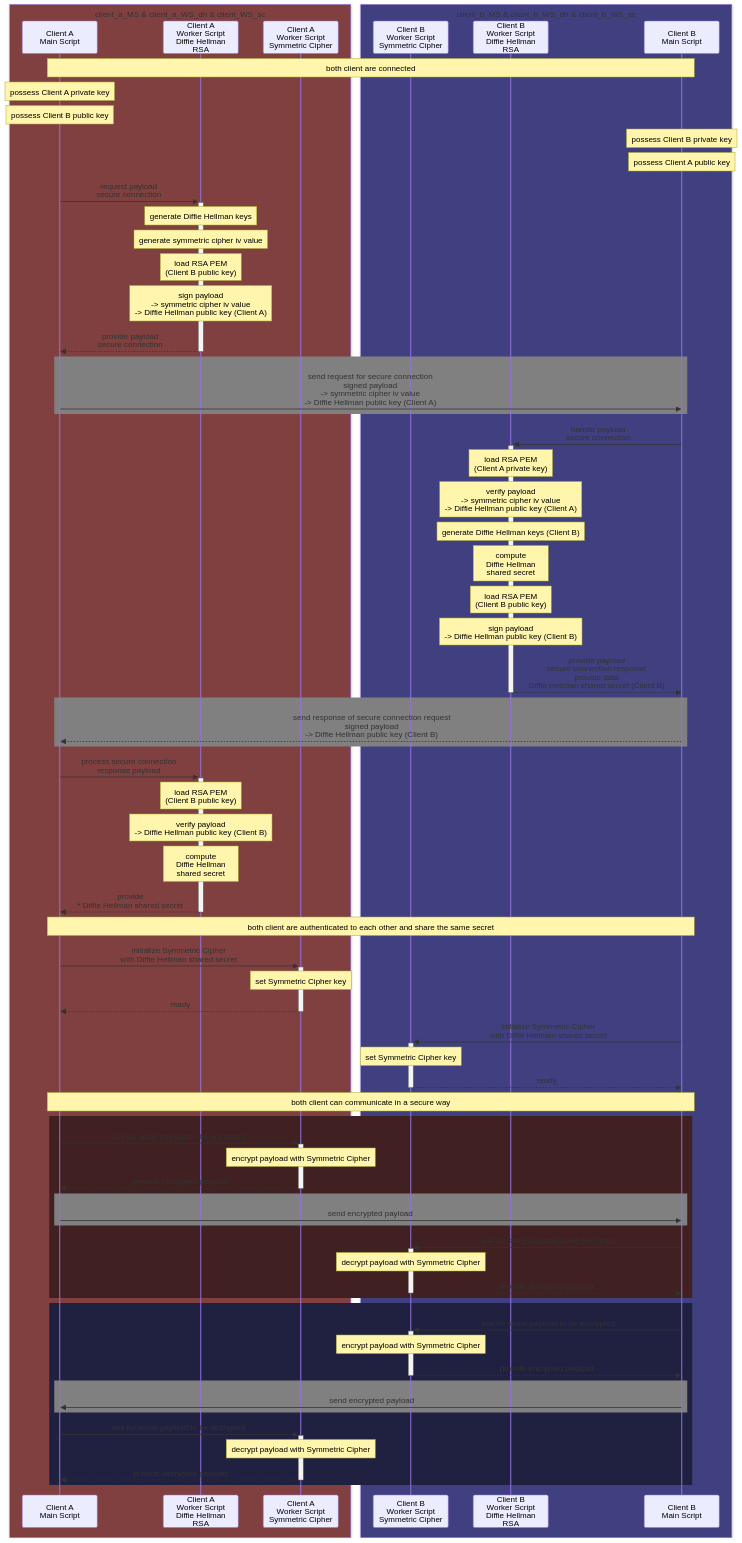
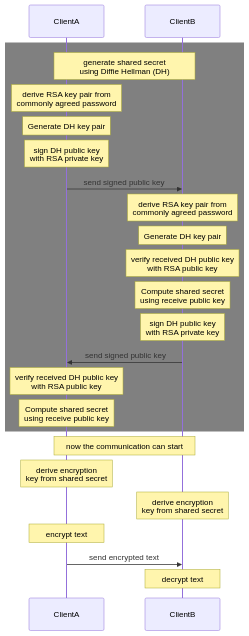
The sixth of 6 diagrams in README.md (GuillaumeBouchetEpitech/wasm-cryptopp-as-module), drawn with Mermaid before and after one commit. The commit also changed other lines of this file and 6 other files, not shown here.

````diff
--- a/README.md
+++ b/README.md
@@ -84,112 +185,30 @@
 ```mermaid
+sequenceDiagram
 
+    rect rgb(128, 128, 128)
+      Note over ClientA,ClientB: generate shared secret<br>using Diffie Hellman (DH)
 
-  sequenceDiagram
+      Note over ClientA: derive RSA key pair from<br>commonly agreed password
+      Note over ClientA: Generate DH key pair
+      Note over ClientA: sign DH public key<br>with RSA private key
+      ClientA->>ClientB: send signed public key
 
-    box rgb(128,64,64) client_a_MS & client_a_WS_dh & client_WS_sc
+      Note over ClientB: derive RSA key pair from<br>commonly agreed password
+      Note over ClientB: Generate DH key pair
+      Note over ClientB: verify received DH public key<br>with RSA public key
+      Note over ClientB: Compute shared secret<br>using receive public key
+      Note over ClientB: sign DH public key<br>with RSA private key
+      ClientB->>ClientA: send signed public key
 
-      participant client_a_MS as Client A<br>Main Script
-      participant client_a_WS_dh as Client A<br>Worker Script<br>Diffie Hellman<br>RSA
-      participant client_WS_sc as Client A<br>Worker Script<br>Symmetric Cipher
-
+      Note over ClientA: verify received DH public key<br>with RSA public key
+      Note over ClientA: Compute shared secret<br>using receive public key
     end
 
-    box rgb(64,64,128) client_b_MS & client_b_WS_dh & client_b_WS_sc
+    Note over ClientA,ClientB: now the communication can start
 
-      participant client_b_WS_sc as Client B<br>Worker Script<br>Symmetric Cipher
-      participant client_b_WS_dh as Client B<br>Worker Script<br>Diffie Hellman<br>RSA
-      participant client_b_MS as Client B<br>Main Script
-
-    end
-
-    Note over client_a_MS,client_b_MS: both client are connected
-
-
-    Note over client_a_MS: possess Client A private key
-    Note over client_a_MS: possess Client B public key
-    Note over client_b_MS: possess Client B private key
-    Note over client_b_MS: possess Client A public key
-
-    client_a_MS->>+client_a_WS_dh: request payload<br>secure connection
-
-    Note over client_a_WS_dh: generate Diffie Hellman keys
-    Note over client_a_WS_dh: generate symmetric cipher iv value
-    Note over client_a_WS_dh: load RSA PEM<br>(Client B public key)
-    Note over client_a_WS_dh: sign payload<br>-> symmetric cipher iv value<br>-> Diffie Hellman public key (Client A)
-
-    client_a_WS_dh-->>-client_a_MS: provide payload<br>secure connection
-
-    rect rgb(128, 128, 128)
-      client_a_MS->>client_b_MS: send request for secure connection<br>signed payload<br>-> symmetric cipher iv value<br>-> Diffie Hellman public key (Client A)
-    end
-
-    client_b_MS->>+client_b_WS_dh: handle payload<br>secure connection
-
-    Note over client_b_WS_dh: load RSA PEM<br>(Client A private key)
-    Note over client_b_WS_dh: verify payload<br>-> symmetric cipher iv value<br>-> Diffie Hellman public key (Client A)
-    Note over client_b_WS_dh: generate Diffie Hellman keys (Client B)
-    Note over client_b_WS_dh: compute<br>Diffie Hellman<br>shared secret
-    Note over client_b_WS_dh: load RSA PEM<br>(Client B public key)
-    Note over client_b_WS_dh: sign payload<br>-> Diffie Hellman public key (Client B)
-
-    client_b_WS_dh-->>-client_b_MS: provide payload<br>secure connection response<br>provide data<br>Diffie Hellman shared secret (Client B)
-
-    rect rgb(128, 128, 128)
-
-      client_b_MS-->>client_a_MS: send response of secure connection request<br>signed payload<br>-> Diffie Hellman public key (Client B)
-
-    end
-
-    client_a_MS->>+client_a_WS_dh: process secure connection<br>response payload
-
-    Note over client_a_WS_dh: load RSA PEM<br>(Client B public key)
-    Note over client_a_WS_dh: verify payload<br>-> Diffie Hellman public key (Client B)
-    Note over client_a_WS_dh: compute<br>Diffie Hellman<br>shared secret
-
-    client_a_WS_dh-->>-client_a_MS: provide<br>* Diffie Hellman shared secret
-
-    Note over client_a_MS,client_b_MS: both client are authenticated to each other and share the same secret
-
-    client_a_MS->>+client_WS_sc: initialize Symmetric Cipher<br>with Diffie Hellman shared secret
-    Note over client_WS_sc: set Symmetric Cipher key
-    client_WS_sc-->>-client_a_MS: ready
-
-    client_b_MS->>+client_b_WS_sc: initialize Symmetric Cipher<br>with Diffie Hellman shared secret
-    Note over client_b_WS_sc: set Symmetric Cipher key
-    client_b_WS_sc-->>-client_b_MS: ready
-
-    Note over client_a_MS,client_b_MS: both client can communicate in a secure way
-
-    rect rgb(64, 32, 32)
-
-      client_a_MS->>+client_WS_sc: ask for some payload to be encrypted
-      Note over client_WS_sc: encrypt payload with Symmetric Cipher
-      client_WS_sc-->>-client_a_MS: provide encrypted payload
-
-      rect rgb(128, 128, 128)
-        client_a_MS->>client_b_MS: send encrypted payload
-      end
-
-      client_b_MS->>+client_b_WS_sc: ask for some payload to be decrypted
-      Note over client_b_WS_sc: decrypt payload with Symmetric Cipher
-      client_b_WS_sc-->>-client_b_MS: provide decrypted payload
-
-    end
-
-    rect rgb(32, 32, 64)
-
-      client_b_MS->>+client_b_WS_sc: ask for some payload to be encrypted
-      Note over client_b_WS_sc: encrypt payload with Symmetric Cipher
-      client_b_WS_sc-->>-client_b_MS: provide encrypted payload
-
-      rect rgb(128, 128, 128)
-        client_b_MS->>client_a_MS: send encrypted payload
-      end
-
-      client_a_MS->>+client_WS_sc: ask for some payload to be decrypted
-      Note over client_WS_sc: decrypt payload with Symmetric Cipher
-      client_WS_sc-->>-client_a_MS: provide decrypted payload
-
-    end
-
+    Note over ClientA: derive encryption<br>key from shared secret
+    Note over ClientB: derive encryption<br>key from shared secret
+    Note over ClientA: encrypt text
+    ClientA->>ClientB: send encrypted text
+    Note over ClientB: decrypt text
 ```
````
